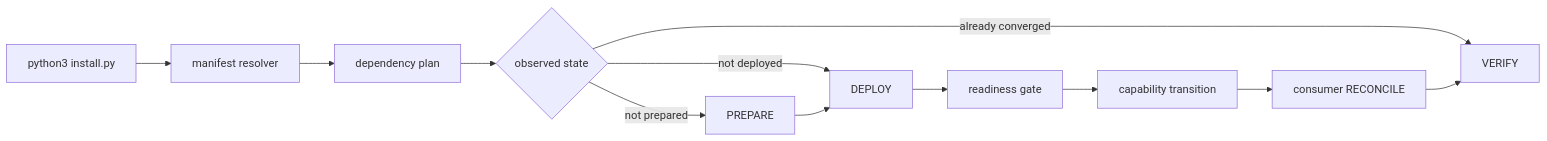
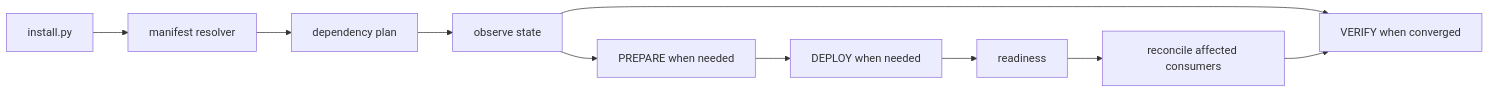
Before and after one commit to ea1het/local_hybrid_ai: the second of 4 diagrams in README.md, drawn with Mermaid. The commit also changed other lines of this file, not shown here.

Commit message:
Document converged PostgreSQL and clean-install architecture

````diff
--- a/README.md
+++ b/README.md
@@ -44,14 +83,12 @@
 ```mermaid
 flowchart LR
-    CLI[python3 install.py] --> R[manifest resolver]
-    R --> P[dependency plan]
-    P --> S{observed state}
-    S -->|not prepared| PREP[PREPARE]
-    S -->|not deployed| DEP[DEPLOY]
-    PREP --> DEP
-    DEP --> READY[readiness gate]
-    READY --> CAP[capability transition]
-    CAP --> REC[consumer RECONCILE]
-    S -->|already converged| VER[VERIFY]
+    CLI[install.py] --> M[manifest resolver]
+    M --> P[dependency plan]
+    P --> O[observe state]
+    O --> PREP[PREPARE when needed]
+    PREP --> DEP[DEPLOY when needed]
+    DEP --> READY[readiness]
+    READY --> REC[reconcile affected consumers]
+    O --> VER[VERIFY when converged]
     REC --> VER
 ```
````
